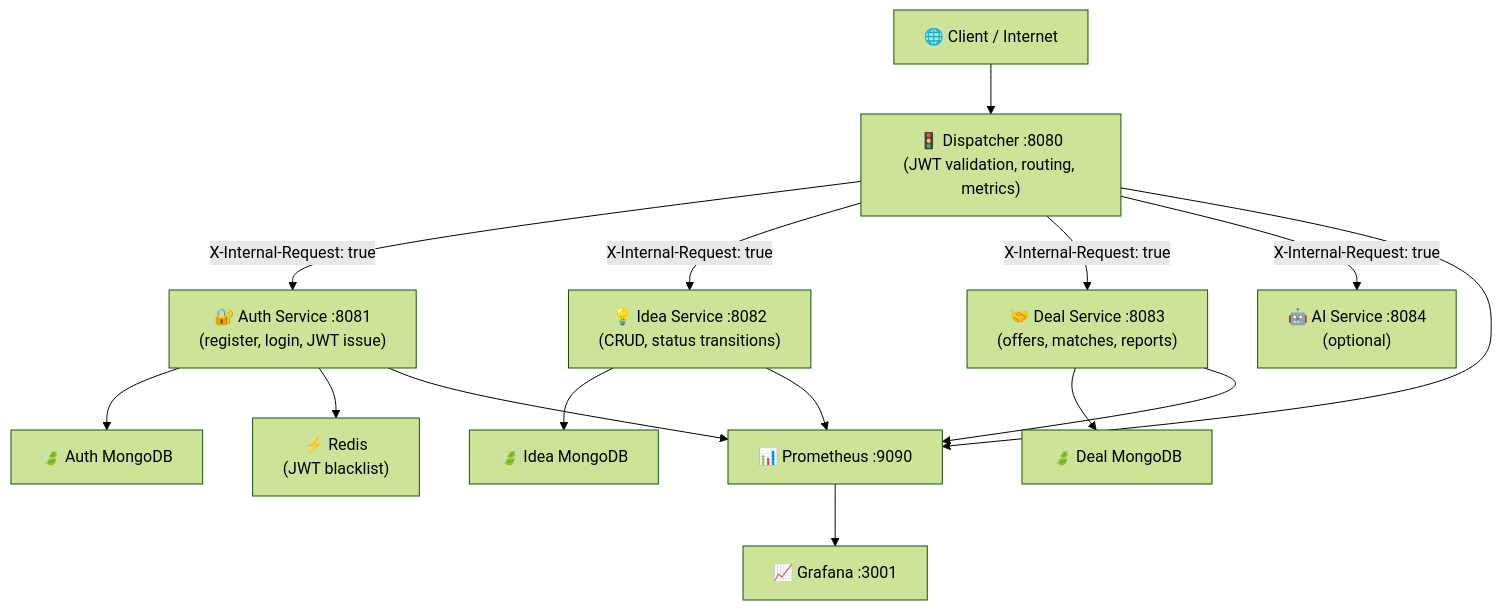
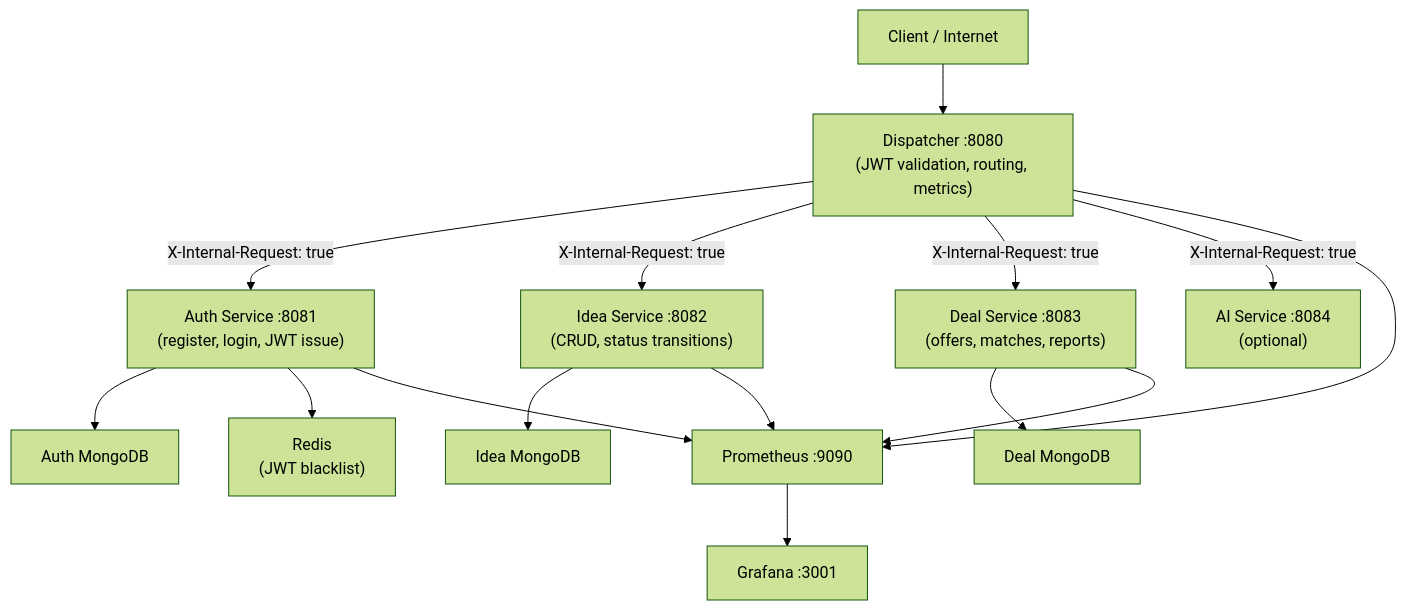
One commit to TheGhost966/InvestBridge changed the first of 3 diagrams in README.md. Above: the diagram before and after it, drawn with Mermaid (forest theme). The commit also changed other lines of this file, not shown here.

````diff
--- a/README.md
+++ b/README.md
@@ -38,30 +38,30 @@
 ```mermaid
 graph TD
-    Client["🌐 Client / Internet"]
-    D["🚦 Dispatcher :8080\n(JWT validation, routing, metrics)"]
-    A["🔐 Auth Service :8081\n(register, login, JWT issue)"]
-    I["💡 Idea Service :8082\n(CRUD, status transitions)"]
-    De["🤝 Deal Service :8083\n(offers, matches, reports)"]
-    AI["🤖 AI Service :8084\n(optional)"]
-    AM["🍃 Auth MongoDB"]
-    IM["🍃 Idea MongoDB"]
-    DM["🍃 Deal MongoDB"]
-    R["⚡ Redis\n(JWT blacklist)"]
-    P["📊 Prometheus :9090"]
-    G["📈 Grafana :3001"]
+    Client["Client / Internet"]
+    D["Dispatcher :8080\n(JWT validation, routing, metrics)"]
+    A["Auth Service :8081\n(register, login, JWT issue)"]
+    I["Idea Service :8082\n(CRUD, status transitions)"]
+    De["Deal Service :8083\n(offers, matches, reports)"]
+    AI["AI Service :8084\n(optional)"]
+    AM["Auth MongoDB"]
+    IM["Idea MongoDB"]
+    DM["Deal MongoDB"]
+    R["Redis\n(JWT blacklist)"]
+    P["Prometheus :9090"]
+    G["Grafana :3001"]
 
     Client --> D
     D -->|X-Internal-Request: true| A
     D -->|X-Internal-Request: true| I
     D -->|X-Internal-Request: true| De
     D -->|X-Internal-Request: true| AI
     A --> AM
     A --> R
     I --> IM
     De --> DM
     D --> P
     A --> P
     I --> P
     De --> P
     P --> G
 ```
````
